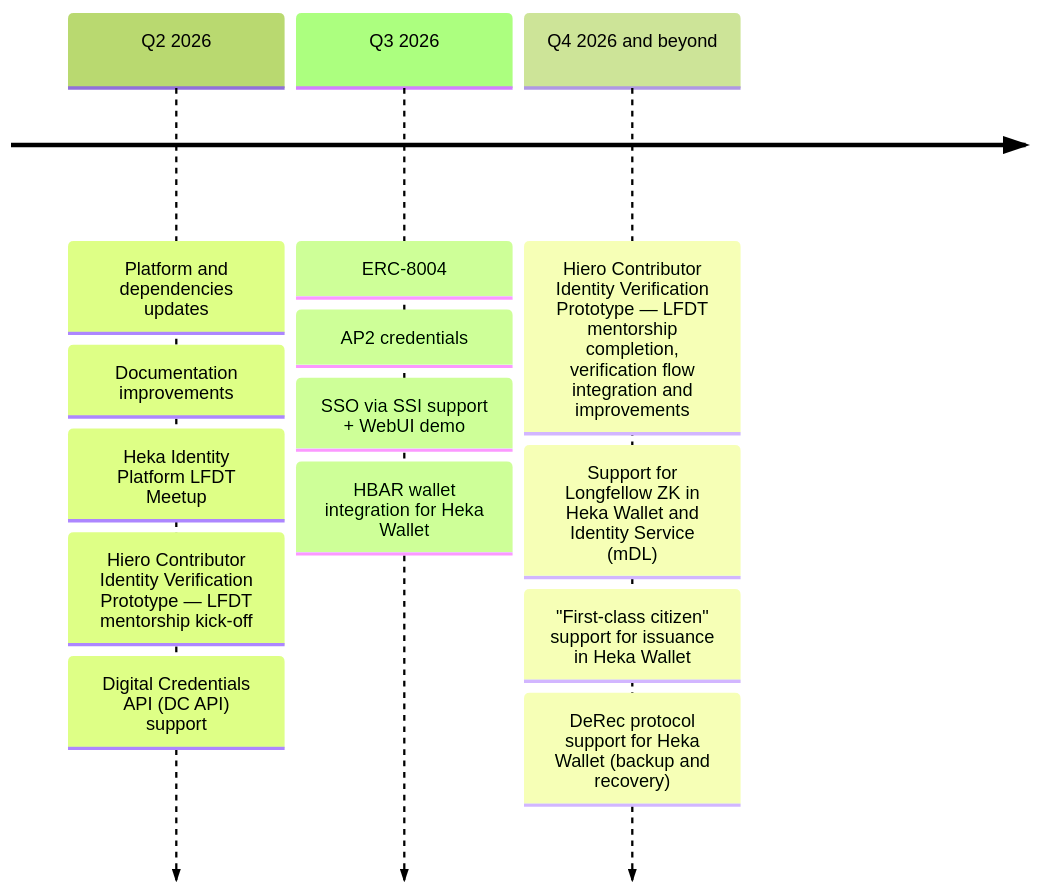
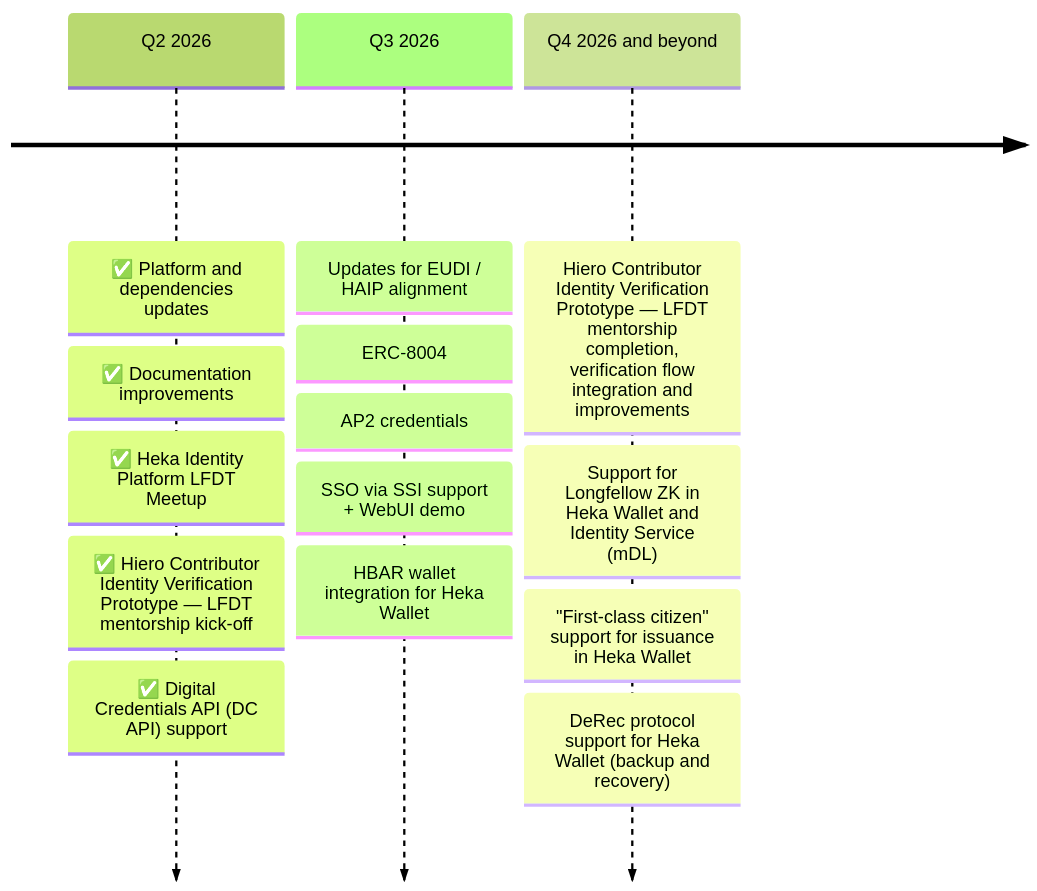
One commit to Cybr0/heka-identity-platform changed the diagram in ROADMAP.md. Above: the diagram before and after it, drawn with Mermaid (forest theme).

Commit message:
Update ROADMAP.md (#182)

````diff
--- a/ROADMAP.md
+++ b/ROADMAP.md
@@ -16,16 +16,17 @@
 ```mermaid
 timeline
-    Q2 2026 : Platform and dependencies updates
-            : Documentation improvements
-            : Heka Identity Platform LFDT Meetup
-            : Hiero Contributor Identity Verification Prototype — LFDT mentorship kick-off
-            : Digital Credentials API (DC API) support
-    Q3 2026 : ERC-8004
+    Q2 2026 : ✅ Platform and dependencies updates
+            : ✅ Documentation improvements
+            : ✅ Heka Identity Platform LFDT Meetup
+            : ✅ Hiero Contributor Identity Verification Prototype — LFDT mentorship kick-off
+            : ✅ Digital Credentials API (DC API) support
+    Q3 2026 : Updates for EUDI / HAIP alignment
+            : ERC-8004
             : AP2 credentials
             : SSO via SSI support + WebUI demo
             : HBAR wallet integration for Heka Wallet
     Q4 2026 and beyond : Hiero Contributor Identity Verification Prototype — LFDT mentorship completion, verification flow integration and improvements
                        : Support for Longfellow ZK in Heka Wallet and Identity Service (mDL)
                        : "First-class citizen" support for issuance in Heka Wallet
                        : DeRec protocol support for Heka Wallet (backup and recovery)
 ```
````
